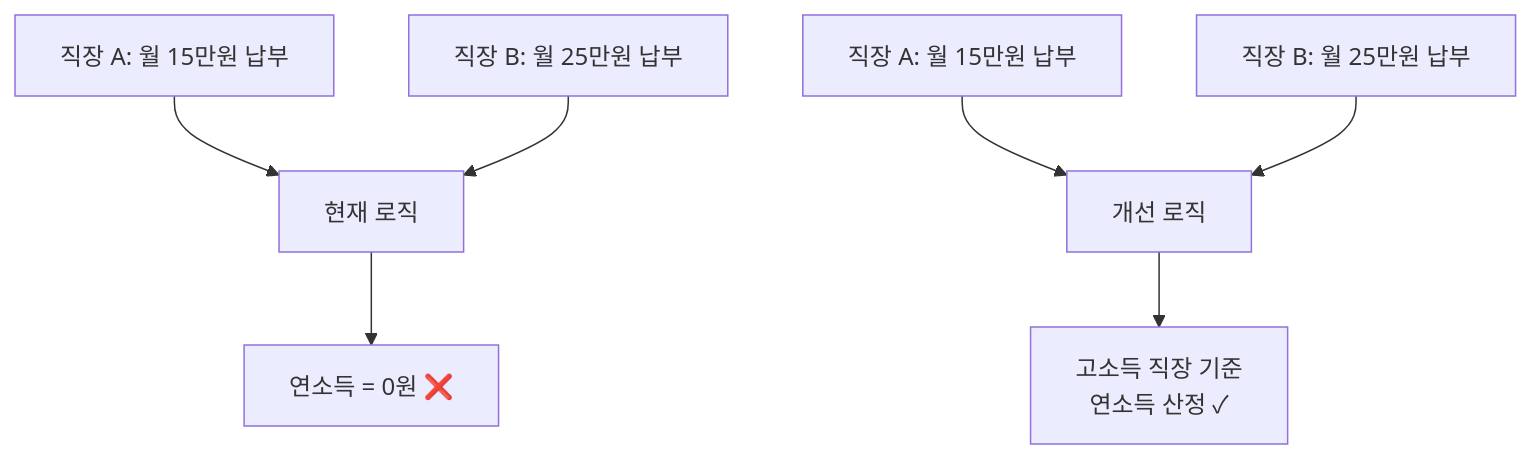
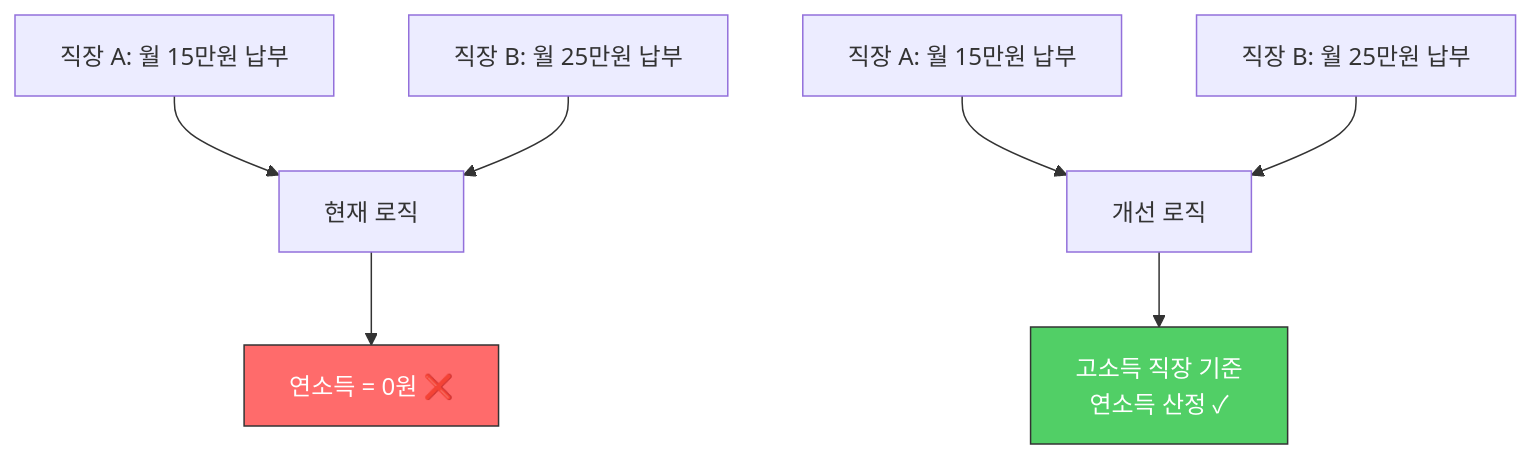
One commit to Gyubster/til changed the fourth of 7 diagrams in _posts/2025-12-05-건강보험-연소득-산정의-엣지케이스-비즈니스-규칙이-코드보다-어려울-때.md. Above: the diagram before and after it, drawn with Mermaid. The commit also changed other lines of this file and 11 other files, not shown here.

````diff
--- a/_posts/2025-12-05-건강보험-연소득-산정의-엣지케이스-비즈니스-규칙이-코드보다-어려울-때.md
+++ b/_posts/2025-12-05-건강보험-연소득-산정의-엣지케이스-비즈니스-규칙이-코드보다-어려울-때.md
@@ -75,11 +75,12 @@
 ```mermaid
 flowchart TD
     A["직장 A: 월 15만원 납부"] --> C["현재 로직"]
     B["직장 B: 월 25만원 납부"] --> C
     C --> D["연소득 = 0원 ❌"]
     
     E["직장 A: 월 15만원 납부"] --> G["개선 로직"]
     F["직장 B: 월 25만원 납부"] --> G
     G --> H["고소득 직장 기준<br>연소득 산정 ✓"]
-    
+    style D fill:#ff6b6b,stroke:#333,color:#fff
+    style H fill:#51cf66,stroke:#333,color:#fff
 ```
````
